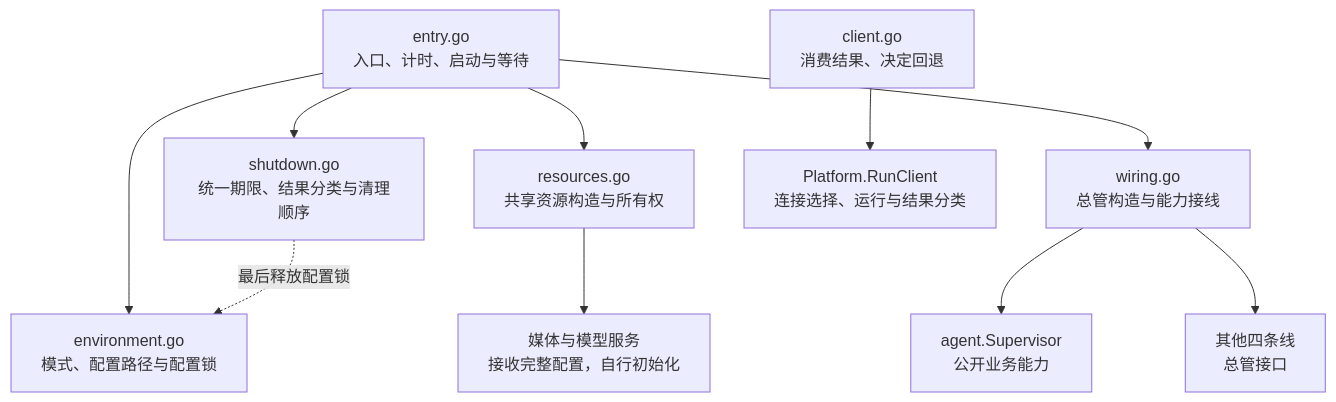
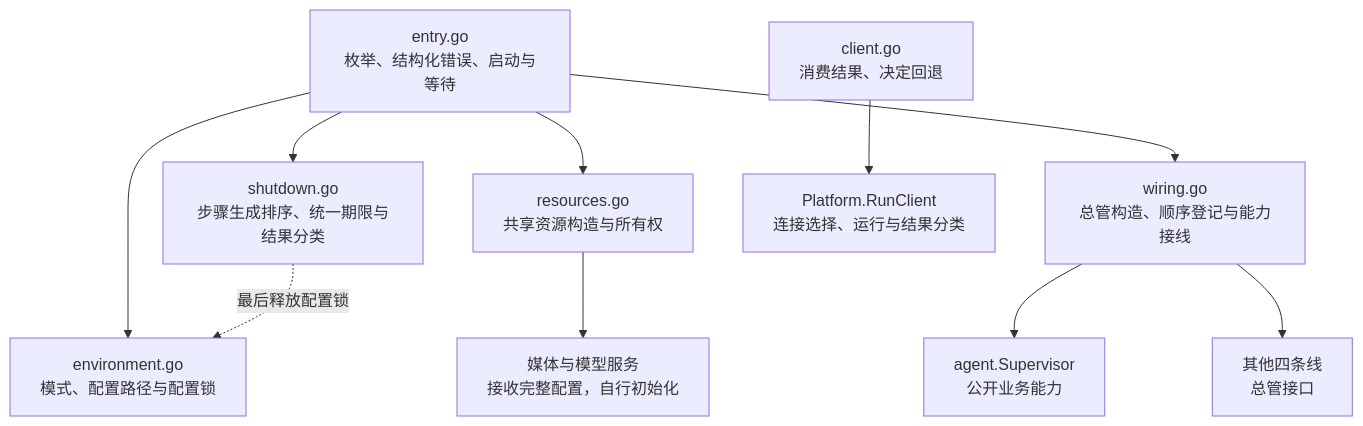
One commit to Elflare/elbot changed the first of 8 diagrams in devdocs/app-design.md. Above: the diagram before and after it, drawn with Mermaid. The commit also changed other lines of this file and 41 other files, not shown here.

````diff
--- a/devdocs/app-design.md
+++ b/devdocs/app-design.md
@@ -23,12 +23,12 @@
 ```mermaid
 flowchart TB
-    E["entry.go<br/>入口、计时、启动与等待"] --> ENV["environment.go<br/>模式、配置路径与配置锁"]
+    E["entry.go<br/>枚举、结构化错误、启动与等待"] --> ENV["environment.go<br/>模式、配置路径与配置锁"]
     E --> R["resources.go<br/>共享资源构造与所有权"]
-    E --> W["wiring.go<br/>总管构造与能力接线"]
-    E --> S["shutdown.go<br/>统一期限、结果分类与清理顺序"]
+    E --> W["wiring.go<br/>总管构造、顺序登记与能力接线"]
+    E --> S["shutdown.go<br/>步骤生成排序、统一期限与结果分类"]
     S -.->|最后释放配置锁| ENV
     R --> M["媒体与模型服务<br/>接收完整配置，自行初始化"]
     W --> A["agent.Supervisor<br/>公开业务能力"]
     W --> O["其他四条线<br/>总管接口"]
     C["client.go<br/>消费结果、决定回退"] --> P["Platform.RunClient<br/>连接选择、运行与结果分类"]
 ```
````
